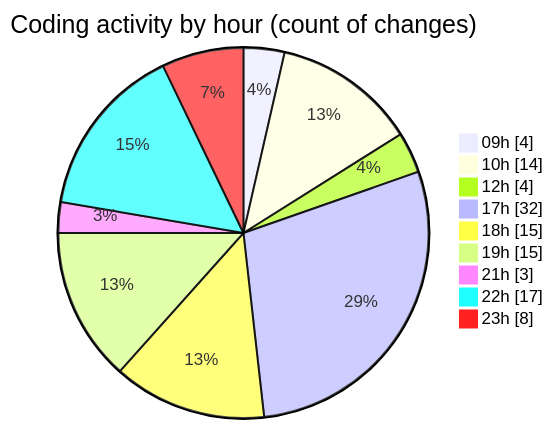
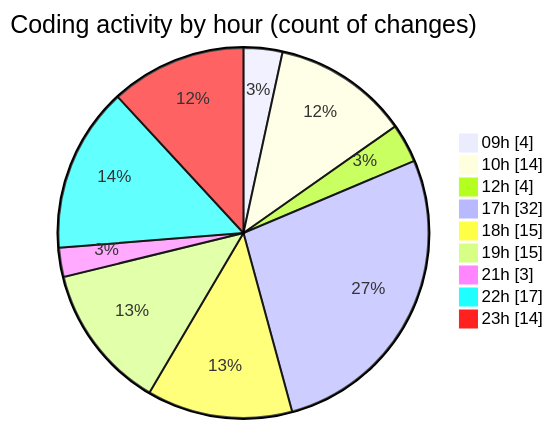
The second of 2 diagrams in 2025-05-06/niten/README.md (Elitesun/code-tracking), drawn with Mermaid before and after one commit. The commit also changed other lines of this file and 1 other file, not shown here.

````diff
--- a/2025-05-06/niten/README.md
+++ b/2025-05-06/niten/README.md
@@ -66,13 +67,13 @@
 ```mermaid
 pie showData
 title Coding activity by hour (count of changes)
 "09h" : 4
 "10h" : 14
 "12h" : 4
 "17h" : 32
 "18h" : 15
 "19h" : 15
 "21h" : 3
 "22h" : 17
-"23h" : 8
+"23h" : 14
 ```
````
